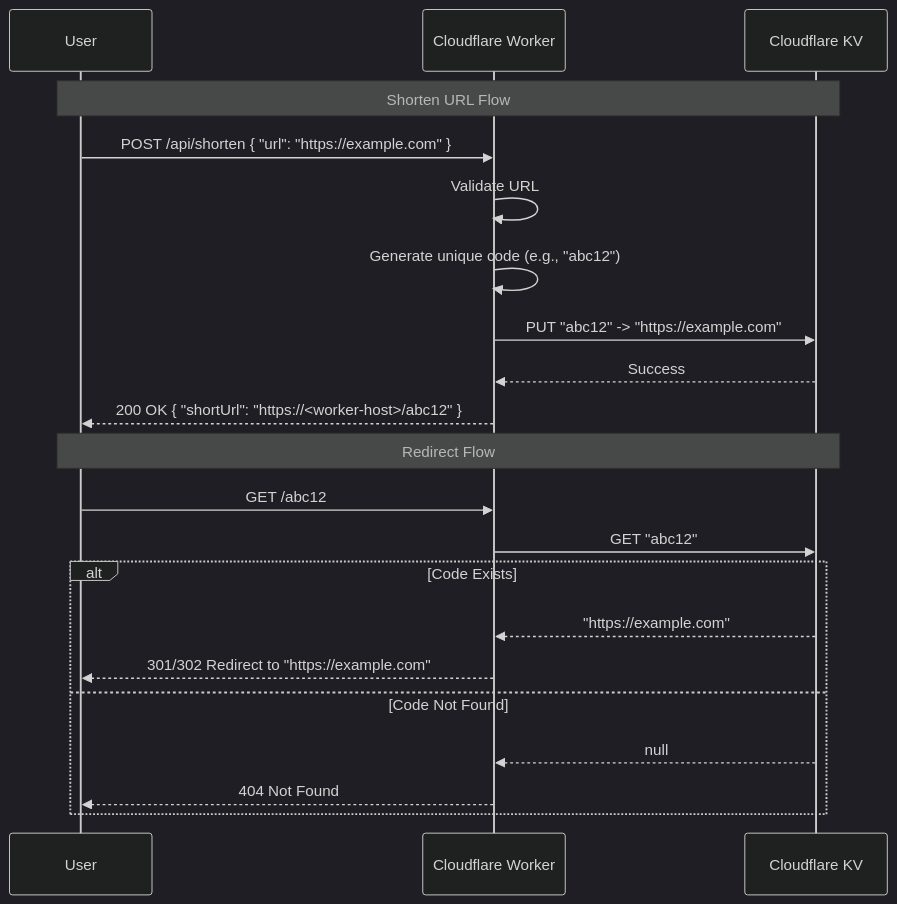
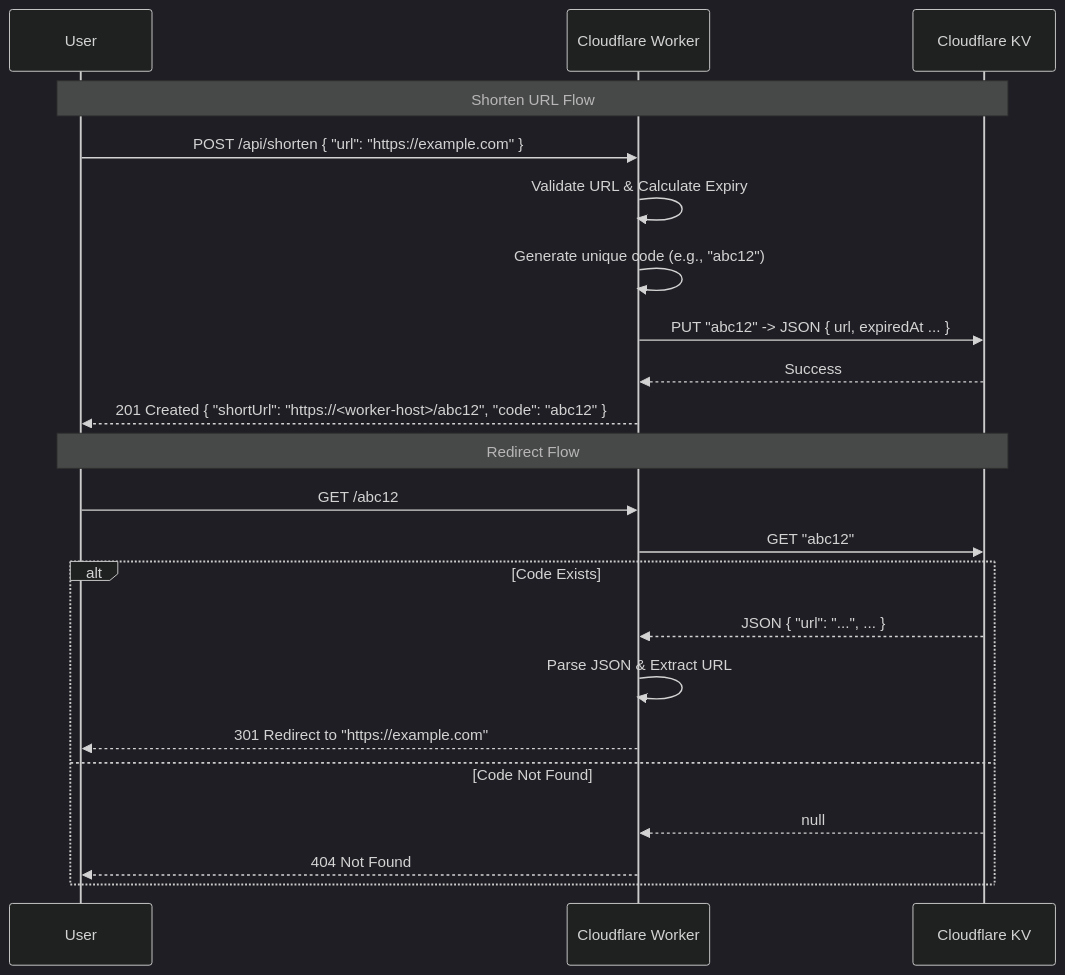
Before and after one commit to teamkerava/short-url-generator: the diagram in ARCHITECTURE.md, drawn with Mermaid (dark theme). The commit also changed other lines of this file and 11 other files, not shown here.

````diff
--- a/ARCHITECTURE.md
+++ b/ARCHITECTURE.md
@@ -56,25 +64,26 @@
 ```mermaid
 sequenceDiagram
     participant User
     participant Worker as Cloudflare Worker
     participant KV as Cloudflare KV
 
     Note over User, KV: Shorten URL Flow
     User->>Worker: POST /api/shorten { "url": "https://example.com" }
-    Worker->>Worker: Validate URL
+    Worker->>Worker: Validate URL & Calculate Expiry
     Worker->>Worker: Generate unique code (e.g., "abc12")
-    Worker->>KV: PUT "abc12" -> "https://example.com"
+    Worker->>KV: PUT "abc12" -> JSON { url, expiredAt ... }
     KV-->>Worker: Success
-    Worker-->>User: 200 OK { "shortUrl": "https://<worker-host>/abc12" }
+    Worker-->>User: 201 Created { "shortUrl": "https://<worker-host>/abc12", "code": "abc12" }
 
     Note over User, KV: Redirect Flow
     User->>Worker: GET /abc12
     Worker->>KV: GET "abc12"
     alt Code Exists
-        KV-->>Worker: "https://example.com"
-        Worker-->>User: 301/302 Redirect to "https://example.com"
+        KV-->>Worker: JSON { "url": "...", ... }
+        Worker->>Worker: Parse JSON & Extract URL
+        Worker-->>User: 301 Redirect to "https://example.com"
     else Code Not Found
         KV-->>Worker: null
         Worker-->>User: 404 Not Found
     end
 ```
````
